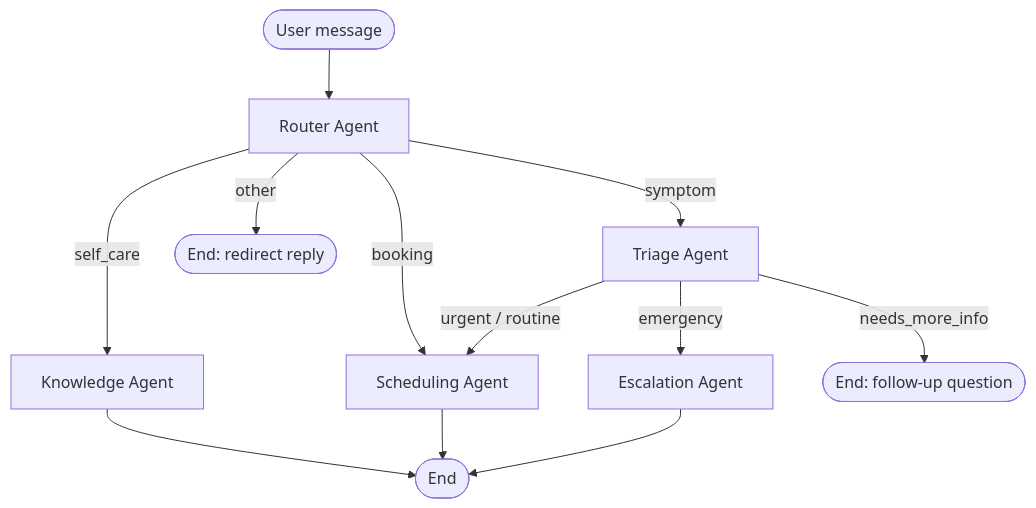
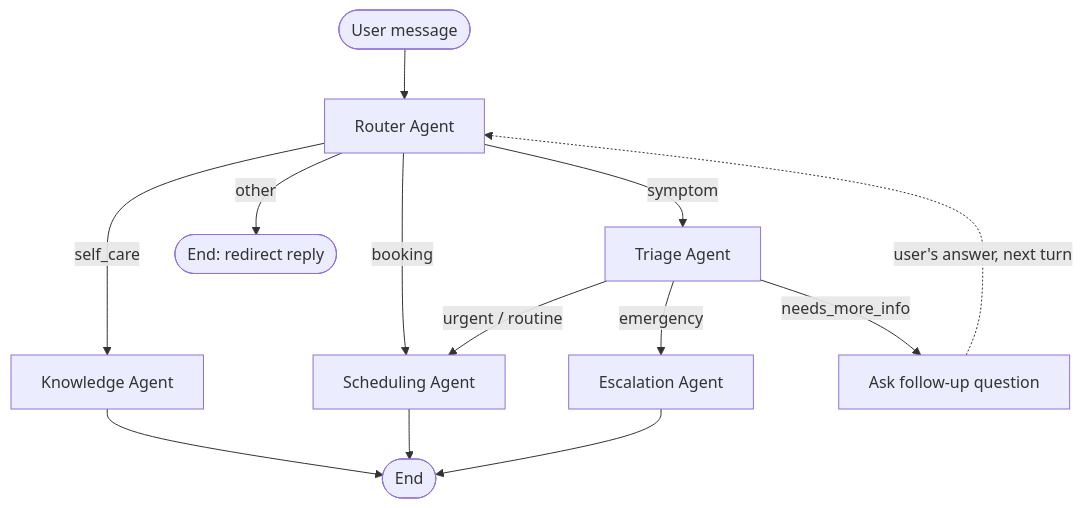
Before and after one commit to MASJV/ai-healthcare-triage-assistant: the diagram in README.md, drawn with Mermaid. The commit also changed other lines of this file and 2 other files, not shown here.

````diff
--- a/README.md
+++ b/README.md
@@ -16,16 +16,17 @@
 ```mermaid
 flowchart TD
     START([User message]) --> R[Router Agent]
     R -->|symptom| T[Triage Agent]
     R -->|self_care| K[Knowledge Agent]
     R -->|booking| S[Scheduling Agent]
     R -->|other| E1([End: redirect reply])
 
     T -->|emergency| X[Escalation Agent]
     T -->|urgent / routine| S
-    T -->|needs_more_info| E2([End: follow-up question])
+    T -->|needs_more_info| Q[Ask follow-up question]
+    Q -.->|user's answer, next turn| R
 
     K --> END([End])
     S --> END
     X --> END
 ```
````
